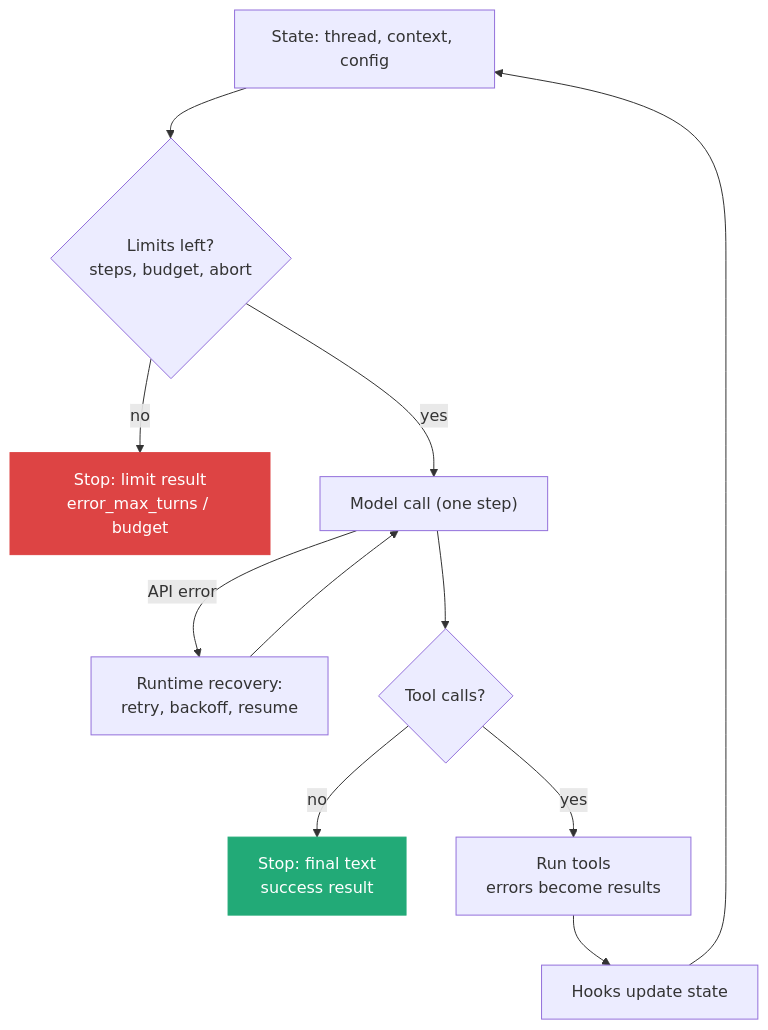
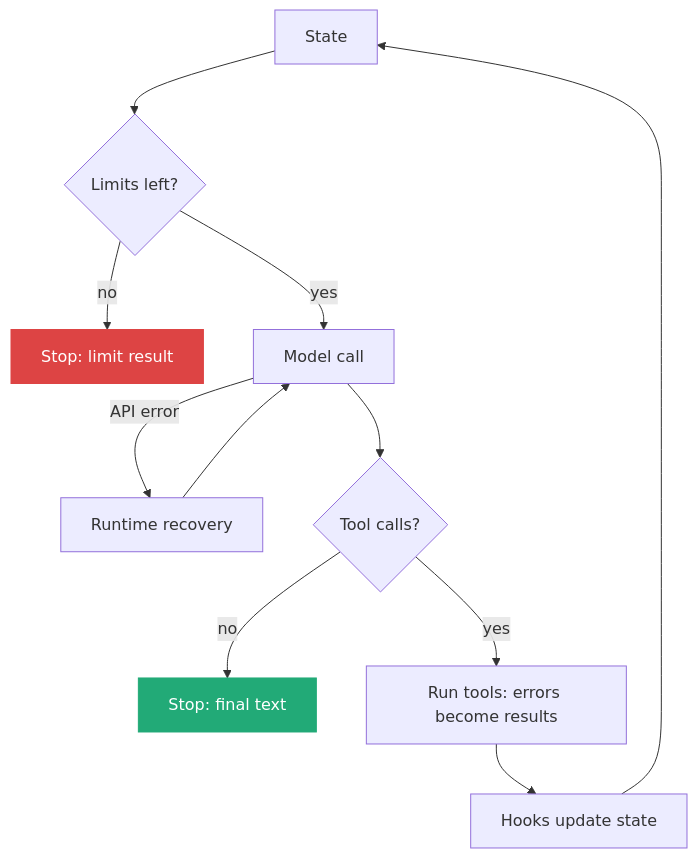
The diagram in Week2_Lecture_1_Agent_Primitives/draft_01_Agent_Loop_Stop_Limits_Recovery.md (Glareone/megadev-course), drawn with Mermaid before and after one commit. The commit also changed other lines of this file and 14 other files, not shown here.

````diff
--- a/Week2_Lecture_1_Agent_Primitives/draft_01_Agent_Loop_Stop_Limits_Recovery.md
+++ b/Week2_Lecture_1_Agent_Primitives/draft_01_Agent_Loop_Stop_Limits_Recovery.md
@@ -28,15 +30,15 @@
 ```mermaid
 flowchart TD
-    S["State: thread, context, config"] --> G{"Limits left?<br/>steps, budget, abort"}
-    G -- "no" --> L["Stop: limit result<br/>error_max_turns / budget"]
-    G -- "yes" --> M["Model call (one step)"]
-    M -- "API error" --> R["Runtime recovery:<br/>retry, backoff, resume"]
+    S["State"] --> G{"Limits left?"}
+    G -- "no" --> L["Stop: limit result"]
+    G -- "yes" --> M["Model call"]
+    M -- "API error" --> R["Runtime recovery"]
     R --> M
     M --> D{"Tool calls?"}
-    D -- "no" --> F["Stop: final text<br/>success result"]
-    D -- "yes" --> T["Run tools<br/>errors become results"]
+    D -- "no" --> F["Stop: final text"]
+    D -- "yes" --> T["Run tools: errors become results"]
     T --> H["Hooks update state"]
     H --> S
     style L fill:#d44,stroke:#d44,color:#fff
     style F fill:#2a7,stroke:#2a7,color:#fff
 ```
````
